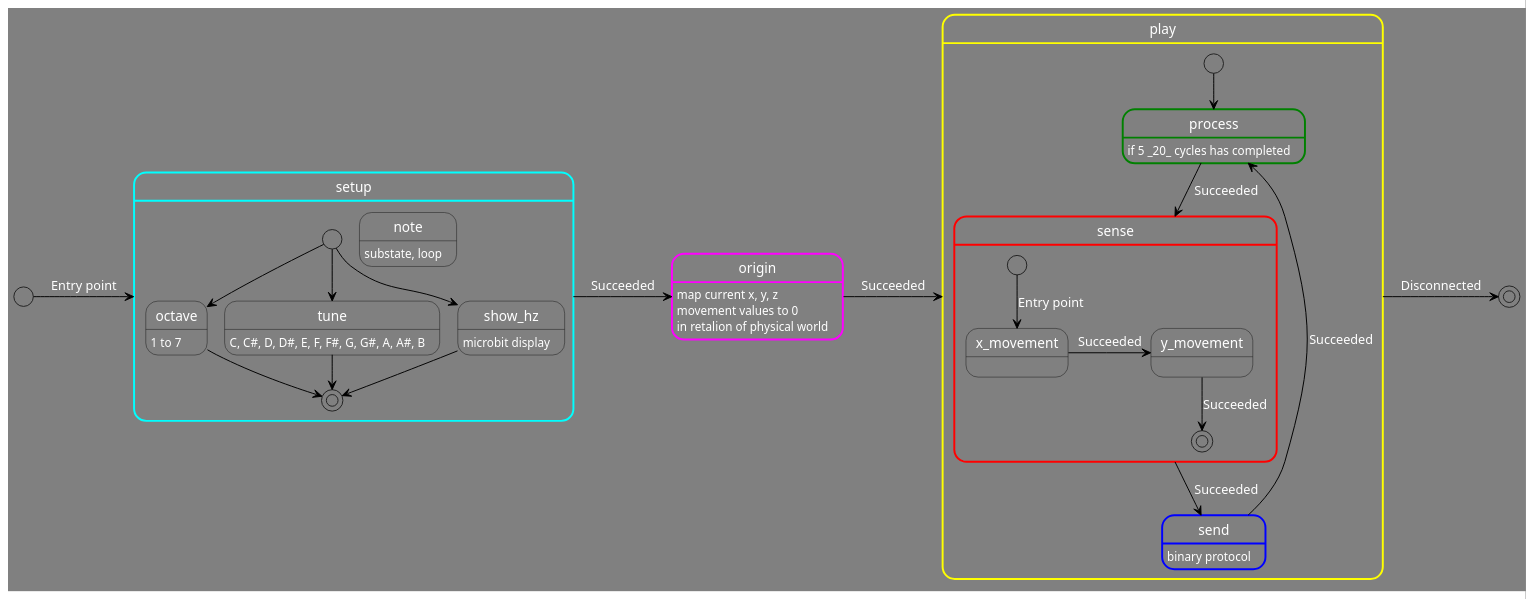
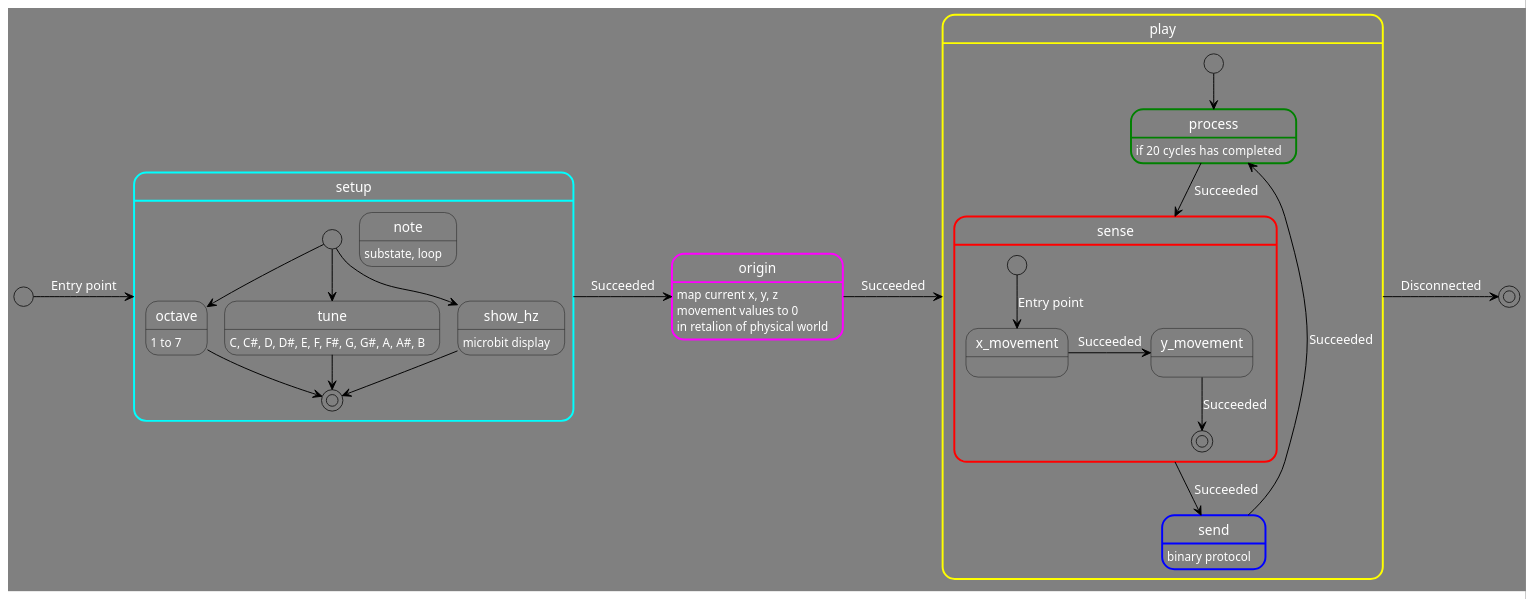
The diagram in Unidad3/puml/state_machine.puml (jfUPB/bitacorassfi12024-10-LemurWater), drawn with PlantUML before and after one commit.

```diff
--- a/Unidad3/puml/state_machine.puml
+++ b/Unidad3/puml/state_machine.puml
@@ -1,78 +1,78 @@
 @startuml
 
 scale 1920 width
 
 <style>
 stateDiagram {
   BackgroundColor grey
   'LineColor white
   FontName Impact
   FontColor white
   arrow {
     FontSize 13
     LineColor black
   }
 }
 </style>
 
 
 
 [*] -> setup : Entry point
 
 state setup ##[bold]cyan {
     [*] --> octave
     note: substate, loop
     [*] --> tune
     [*] --> show_hz
 
     state octave {
         octave: 1 to 7
     }
     state tune {
         tune: C, C#, D, D#, E, F, F#, G, G#, A, A#, B
     }
     state show_hz {
     show_hz: microbit display
     }
 
 
     octave --> [*]
     tune --> [*]
     show_hz --> [*]
 
 }
 setup -> origin : Succeeded
 
 
 state origin ##[bold]magenta {
     origin: map current x, y, z
     origin: movement values to 0
     origin: in retalion of physical world
 }
 origin -> play : Succeeded
 
 
 state play ##[bold]yellow {
     [*] --> process
     state process ##[bold]green {
-        process: if 5 _20_ cycles has completed
+        process: if  20 cycles has completed
     }
     process --> sense : Succeeded
  
 
     state sense ##[bold]red {
     [*] --> x_movement : Entry point
     x_movement -> y_movement: Succeeded
     y_movement --> [*]: Succeeded
     }
     sense --> send : Succeeded
  
 
     state send ##[bold]blue {
         send: binary protocol
     }
     send --> process: Succeeded
 }
 play -> [*] : Disconnected
 
 @enduml
```
